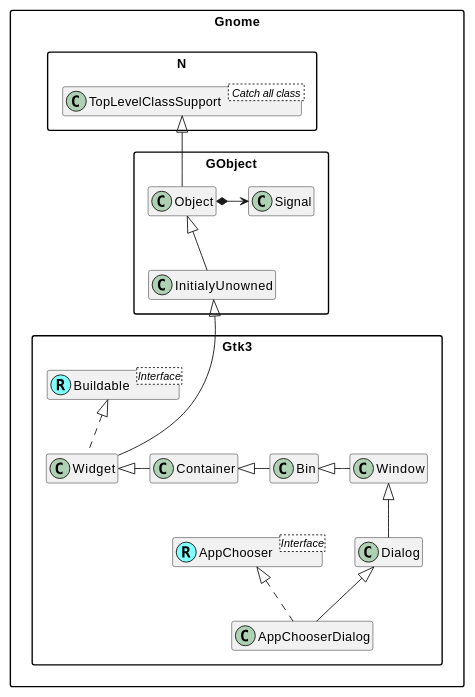
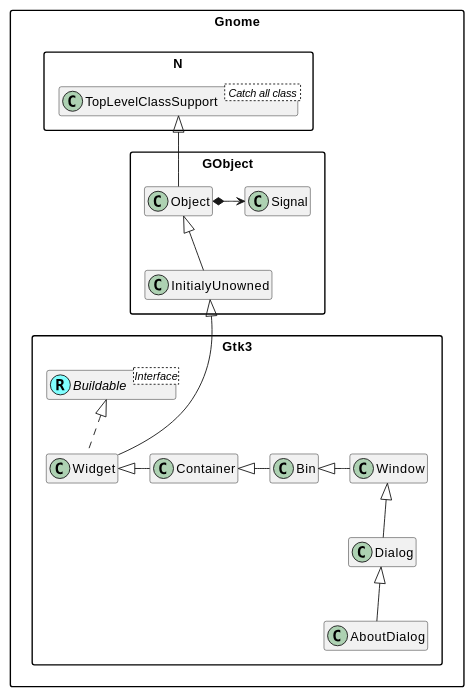
One commit to MARTIMM/gnome-gtk3 changed the diagram in doc/plantuml/AboutDialog.md. Above: the diagram before and after it, drawn with PlantUML. The commit also changed 1 other file, not shown here.

Commit message:
wrong image

````diff
--- a/doc/plantuml/AboutDialog.md
+++ b/doc/plantuml/AboutDialog.md
@@ -1,46 +1,50 @@
 ```plantuml
 @startuml
 scale 0.9
 skinparam packageStyle rectangle
 skinparam stereotypeCBackgroundColor #80ffff
 set namespaceSeparator ::
 hide members
 
 'Class and interface decorations
 class Gnome::N::TopLevelClassSupport < Catch all class >
-Interface Gnome::Gtk3::Buildable <Interface>
-'Interface Gnome::Gtk3::ColorChooser <Interface>
-Interface Gnome::Gtk3::AppChooser <Interface>
 
 class Gnome::Gtk3::Buildable <<(R,#80ffff)>>
-class Gnome::Gtk3::AppChooser <<(R,#80ffff)>>
+Interface Gnome::Gtk3::Buildable <Interface>
+
+'class Gnome::Gtk3::ColorChooser <<(R,#80ffff)>>
+'Interface Gnome::Gtk3::ColorChooser <Interface>
+
+'class Gnome::Gtk3::AppChooser <<(R,#80ffff)>>
+'Interface Gnome::Gtk3::AppChooser <Interface>
+
 
 'Class connections
 Gnome::N::TopLevelClassSupport <|-- Gnome::GObject::Object
 Gnome::GObject::Object <|-- Gnome::GObject::InitialyUnowned
 Gnome::GObject::Object *-> Gnome::GObject::Signal
 
 Gnome::GObject::InitialyUnowned <|--- Gnome::Gtk3::Widget
 
 Gnome::Gtk3::Widget <|- Gnome::Gtk3::Container
 Gnome::Gtk3::Container <|- Gnome::Gtk3::Bin
 Gnome::Gtk3::Bin <|- Gnome::Gtk3::Window
 Gnome::Gtk3::Window <|-- Gnome::Gtk3::Dialog
 
-'Gnome::Gtk3::Dialog <|-- Gnome::Gtk3::AboutDialog
+Gnome::Gtk3::Dialog <|-- Gnome::Gtk3::AboutDialog
 'Gnome::Gtk3::Dialog <|-- Gnome::Gtk3::ColorChooserDialog
 'Gnome::Gtk3::Dialog <|-- Gnome::Gtk3::FileChooserDialog
 'Gnome::Gtk3::Dialog <|-- Gnome::Gtk3::MessageDialog
-Gnome::Gtk3::Dialog <|-- Gnome::Gtk3::AppChooserDialog
+'Gnome::Gtk3::Dialog <|-- Gnome::Gtk3::AppChooserDialog
 'Gnome::Gtk3::Dialog <|-- Gnome::Gtk3::FontChooserDialog
 'Gnome::Gtk3::Dialog <|-- Gnome::Gtk3::RecentChooserDialog
 
 'Interface connections
 Gnome::Gtk3::Buildable <|.. Gnome::Gtk3::Widget
 'Gnome::Gtk3::ColorChooser <|- Gnome::Gtk3::ColorChooserDialog
-Gnome::Gtk3::AppChooser <|.. Gnome::Gtk3::AppChooserDialog
+'Gnome::Gtk3::AppChooser <|.. Gnome::Gtk3::AppChooserDialog
 
 'Some hidden connections
 'Gnome::GObject <--[hidden]- Gnome::Gtk3
 @enduml
 ```
````
